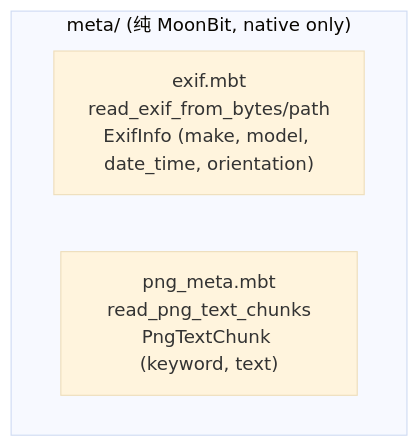
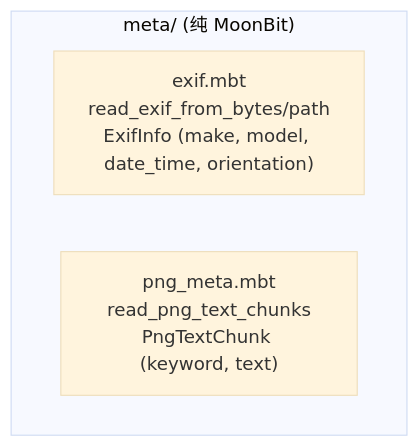
The eighth of 14 diagrams in docs/architecture.md (toadium/stb-image), drawn with Mermaid (base theme) before and after one commit. The commit also changed other lines of this file and 4 other files, not shown here.

Commit message:
文档: 清理 FFI/native-only 历史残留，更新为纯 MoonBit 全目标描述

````diff
--- a/docs/architecture.md
+++ b/docs/architecture.md
@@ -326,7 +302,7 @@
 ```mermaid
 flowchart TB
-    subgraph MetaPkg["meta/ (纯 MoonBit, native only)"]
+    subgraph MetaPkg["meta/ (纯 MoonBit)"]
         EXIF["exif.mbt<br/>read_exif_from_bytes/path<br/>ExifInfo (make, model, date_time, orientation)"]
         PNG["png_meta.mbt<br/>read_png_text_chunks<br/>PngTextChunk (keyword, text)"]
     end
 ```
````
